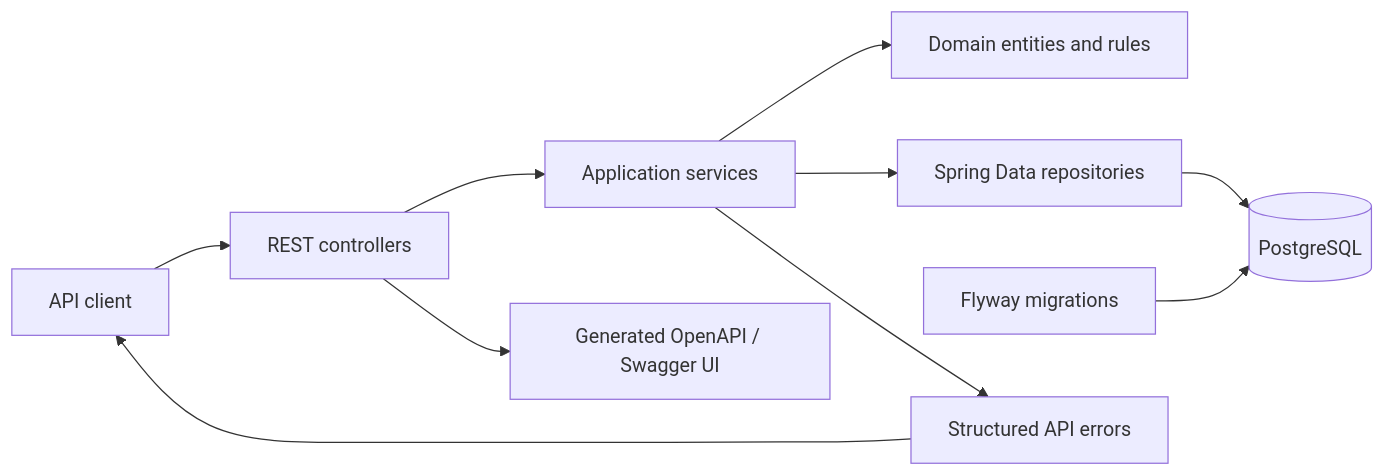
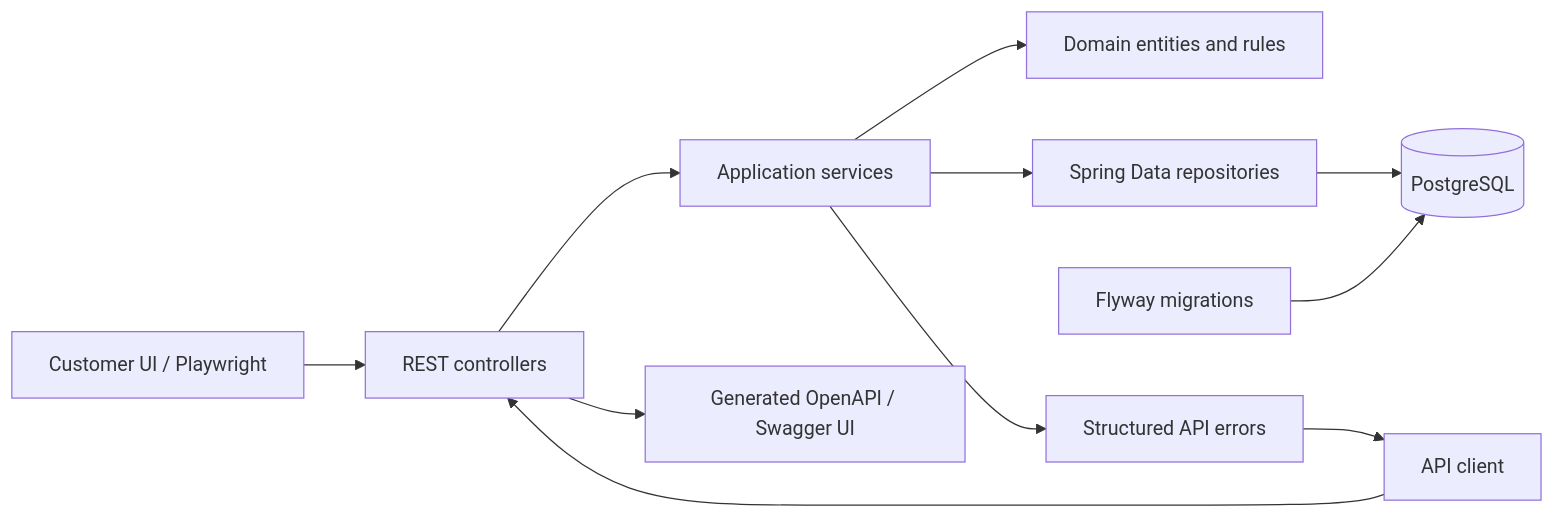
Before and after one commit to YKalcheuskaya/coffee-app: the first of 3 diagrams in docs/architecture.md, drawn with Mermaid. The commit also changed other lines of this file, not shown here.

Commit message:
Document idempotency and UI architecture

````diff
--- a/docs/architecture.md
+++ b/docs/architecture.md
@@ -5,12 +5,13 @@
 ```mermaid
 flowchart LR
-    Client[API client] --> Controller[REST controllers]
+    Browser[Customer UI / Playwright] --> Controller[REST controllers]
+    Client[API client] --> Controller
     Controller --> Service[Application services]
     Service --> Domain[Domain entities and rules]
     Service --> Repository[Spring Data repositories]
     Repository --> Database[(PostgreSQL)]
     Flyway[Flyway migrations] --> Database
     Controller --> OpenAPI[Generated OpenAPI / Swagger UI]
     Service --> Errors[Structured API errors]
     Errors --> Client
 ```
````
